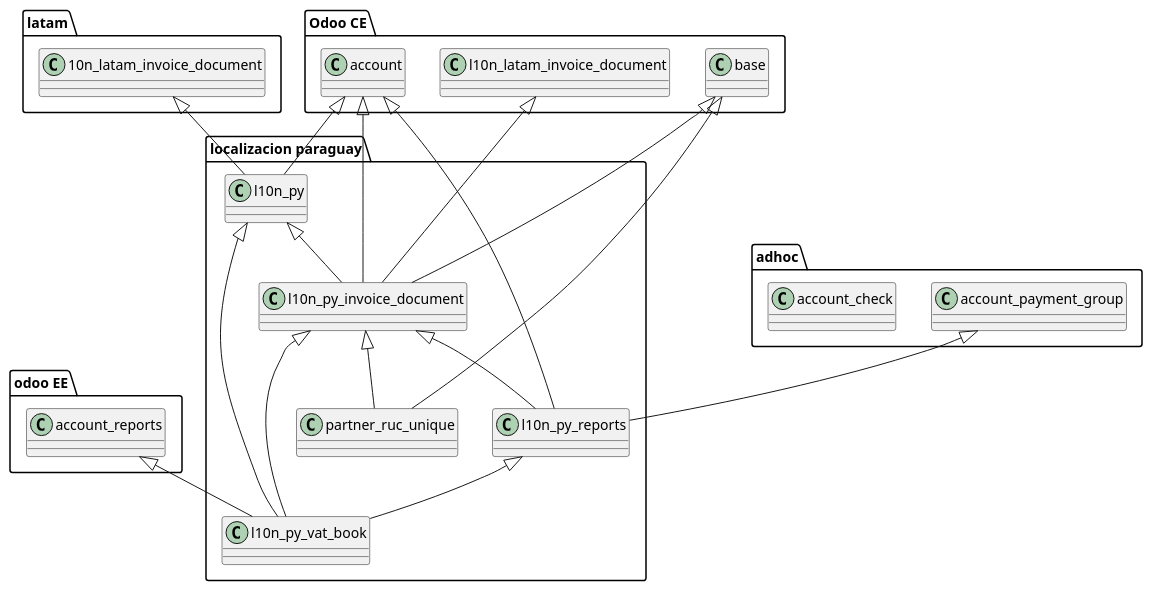
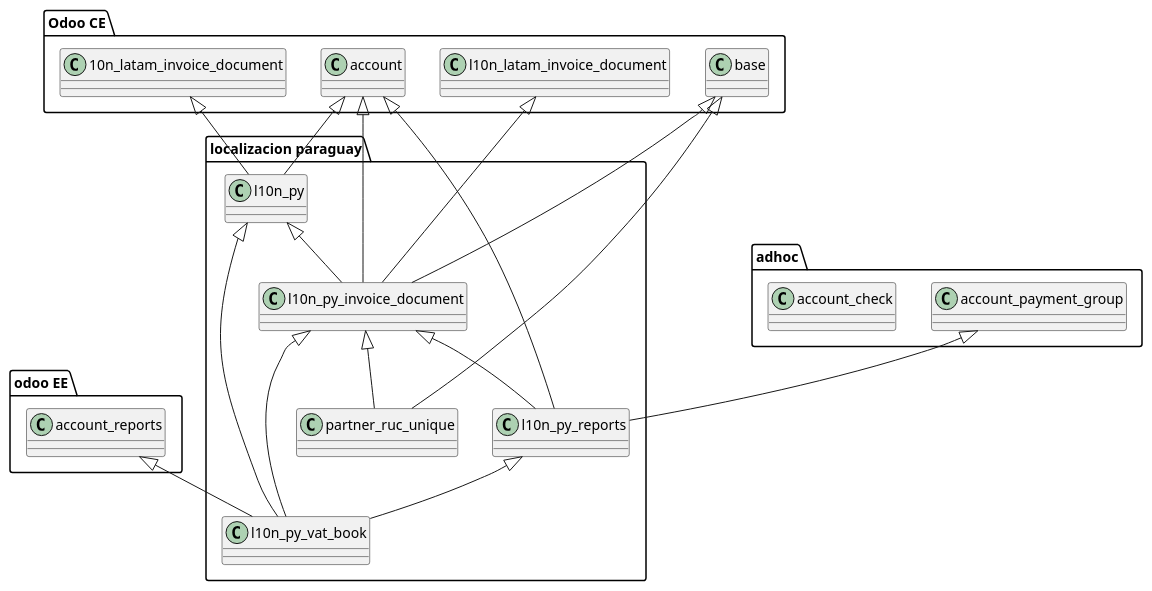
The diagram in doc/global.puml (yasserdjerbi/test), drawn with PlantUML before and after one commit.

Commit message:
[ADD] - puml integration

```diff
--- a/doc/global.puml
+++ b/doc/global.puml
@@ -1,50 +1,47 @@
 @startuml
 
 package "odoo EE" {
 class account_reports
 }
 
 package "Odoo CE" {
     class base
     class account
     class l10n_latam_invoice_document
-}
-
-package "latam" {
     class 10n_latam_invoice_document
 }
 
 package "localizacion paraguay" {
     class l10n_py
     class l10n_py_invoice_document
     class l10n_py_reports
     class l10n_py_vat_book
     class partner_ruc_unique
 }
 
 package "adhoc" {
     class account_payment_group
     class account_check
 }
 
 10n_latam_invoice_document <|-- l10n_py
 account <|-- l10n_py
 
 base <|--- l10n_py_invoice_document
 l10n_py <|-- l10n_py_invoice_document
 account <|--- l10n_py_invoice_document
 l10n_latam_invoice_document <|-- l10n_py_invoice_document
 
 account <|-- l10n_py_reports
 l10n_py_invoice_document <|-- l10n_py_reports
 account_payment_group <|-- l10n_py_reports
 
 l10n_py <|-- l10n_py_vat_book
 l10n_py_reports <|-- l10n_py_vat_book
 l10n_py_invoice_document <|-- l10n_py_vat_book
 account_reports <|-- l10n_py_vat_book
 
 base <|-- partner_ruc_unique
 l10n_py_invoice_document <|-- partner_ruc_unique
 
 @enduml
```
